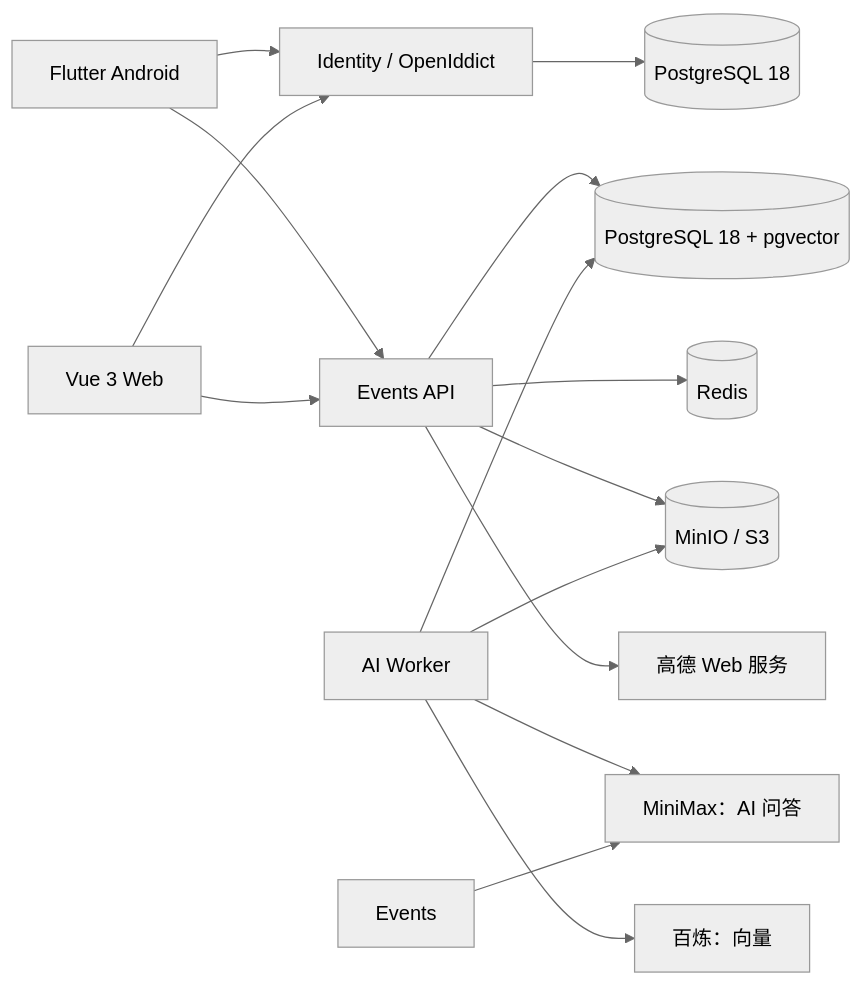
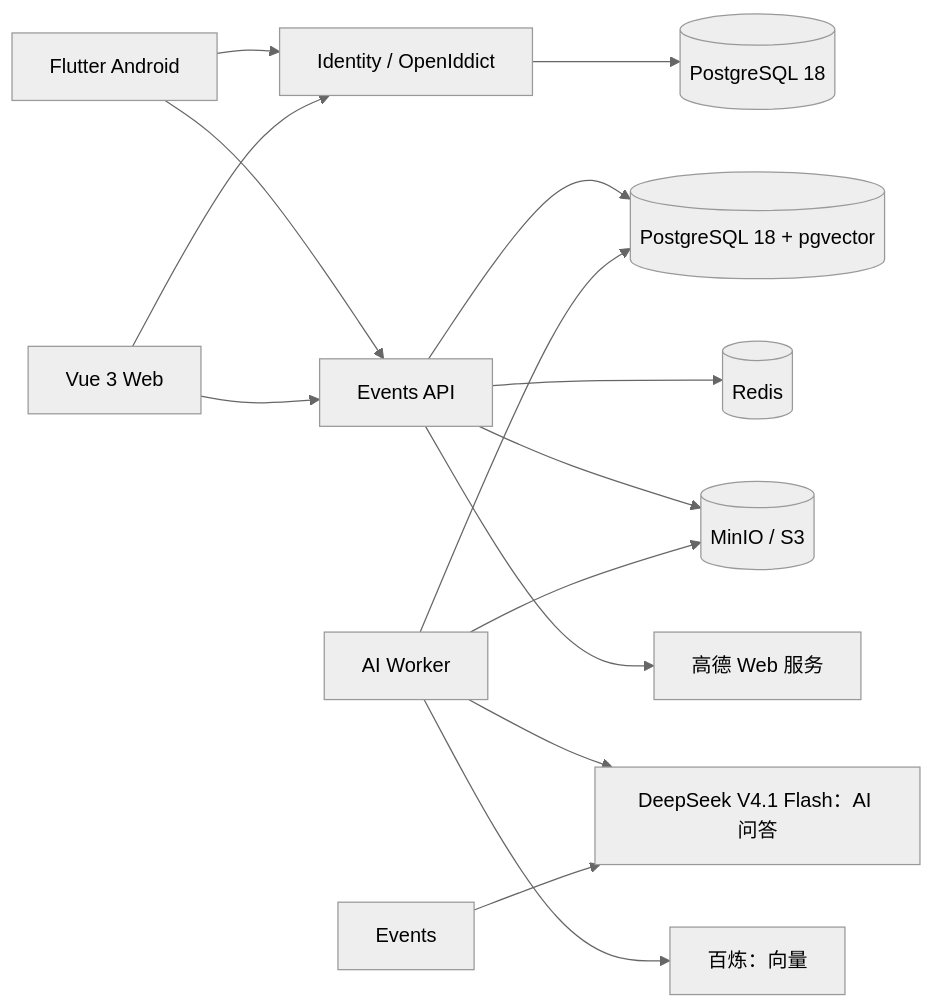
Before and after one commit to wogenbenmeizaiyi/passing-trace: the diagram in README.md, drawn with Mermaid (neutral theme). The commit also changed other lines of this file and 119 other files, not shown here.

Commit message:
feat: add shared experiences and DeepSeek assistant workflows

````diff
--- a/README.md
+++ b/README.md
@@ -33,17 +33,17 @@
 ```mermaid
 flowchart LR
     Mobile[Flutter Android] --> Identity[Identity / OpenIddict]
     Web[Vue 3 Web] --> Identity
     Mobile --> API[Events API]
     Web --> API
     API --> TraceDb[(PostgreSQL 18 + pgvector)]
     Identity --> IdentityDb[(PostgreSQL 18)]
     API --> Redis[(Redis)]
     API --> MinIO[(MinIO / S3)]
     Worker[AI Worker] --> TraceDb
     Worker --> MinIO
-    Worker --> MiniMax[MiniMax：图片与文本语义]
-    Events --> MiniMax[MiniMax：AI 问答]
+    Worker --> DeepSeek[DeepSeek V4.1 Flash：图片与文本语义]
+    Events --> DeepSeek[DeepSeek V4.1 Flash：AI 问答]
     Worker --> Qwen[百炼：向量]
     API --> AMap[高德 Web 服务]
 ```
````
